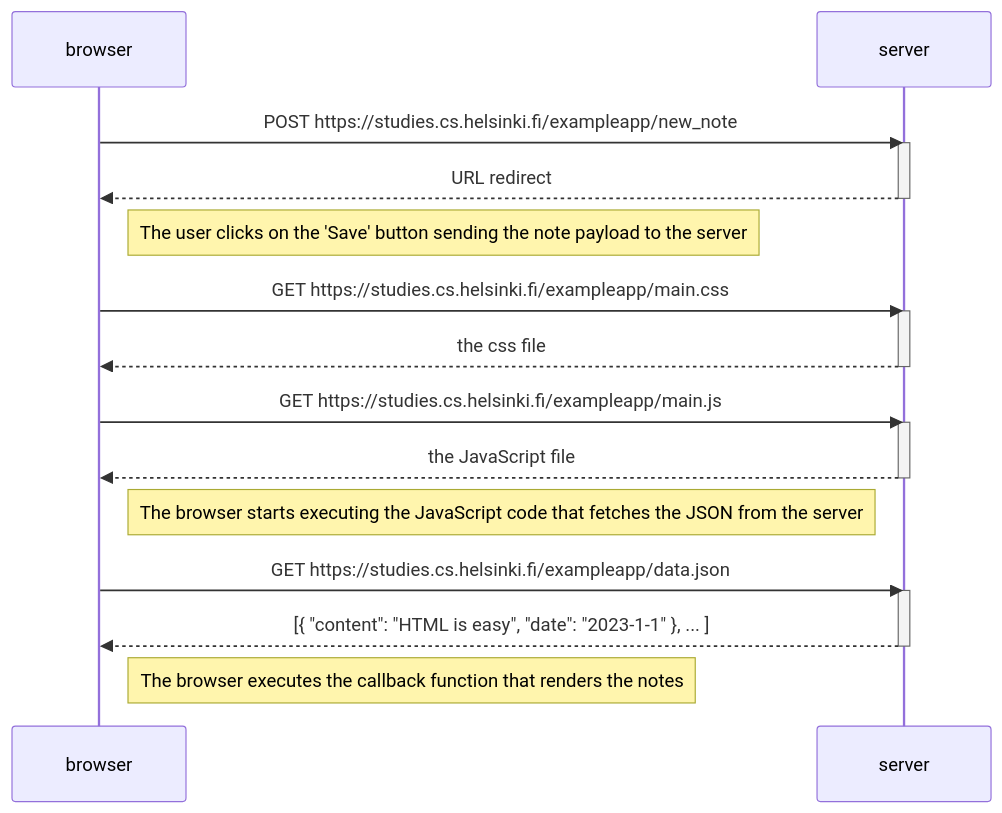
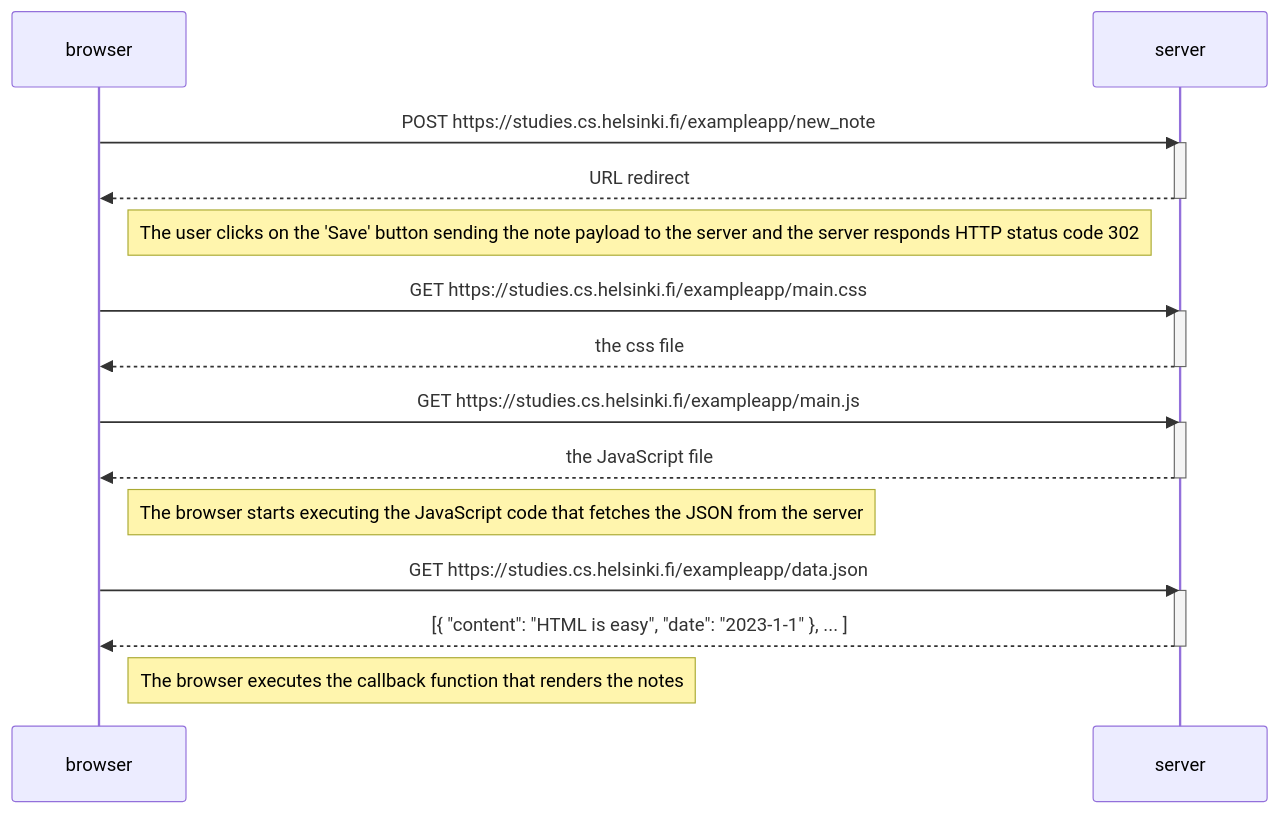
One commit to Lrodriguez9719/fullstackopen changed the diagram in part0/0.4-new_note_diagram.md. Above: the diagram before and after it, drawn with Mermaid. The commit also changed other lines of this file, not shown here.

Commit message:
Add title

````diff
--- a/part0/0.4-new_note_diagram.md
+++ b/part0/0.4-new_note_diagram.md
@@ -1,31 +3,31 @@
 ```mermaid
   sequenceDiagram
     participant browser
     participant server
 
     browser->>server: POST https://studies.cs.helsinki.fi/exampleapp/new_note
     activate server
     server-->>browser: URL redirect
     deactivate server
 
-    Note right of browser: The user clicks on the 'Save' button sending the note payload to the server
+    Note right of browser: The user clicks on the 'Save' button sending the note payload to the server and the server responds HTTP status code 302 
 
     browser->>server: GET https://studies.cs.helsinki.fi/exampleapp/main.css
     activate server
     server-->>browser: the css file
     deactivate server
 
     browser->>server: GET https://studies.cs.helsinki.fi/exampleapp/main.js
     activate server
     server-->>browser: the JavaScript file
     deactivate server
 
     Note right of browser: The browser starts executing the JavaScript code that fetches the JSON from the server
 
     browser->>server: GET https://studies.cs.helsinki.fi/exampleapp/data.json
     activate server
     server-->>browser: [{ "content": "HTML is easy", "date": "2023-1-1" }, ... ]
     deactivate server
 
     Note right of browser: The browser executes the callback function that renders the notes
 ```
````
